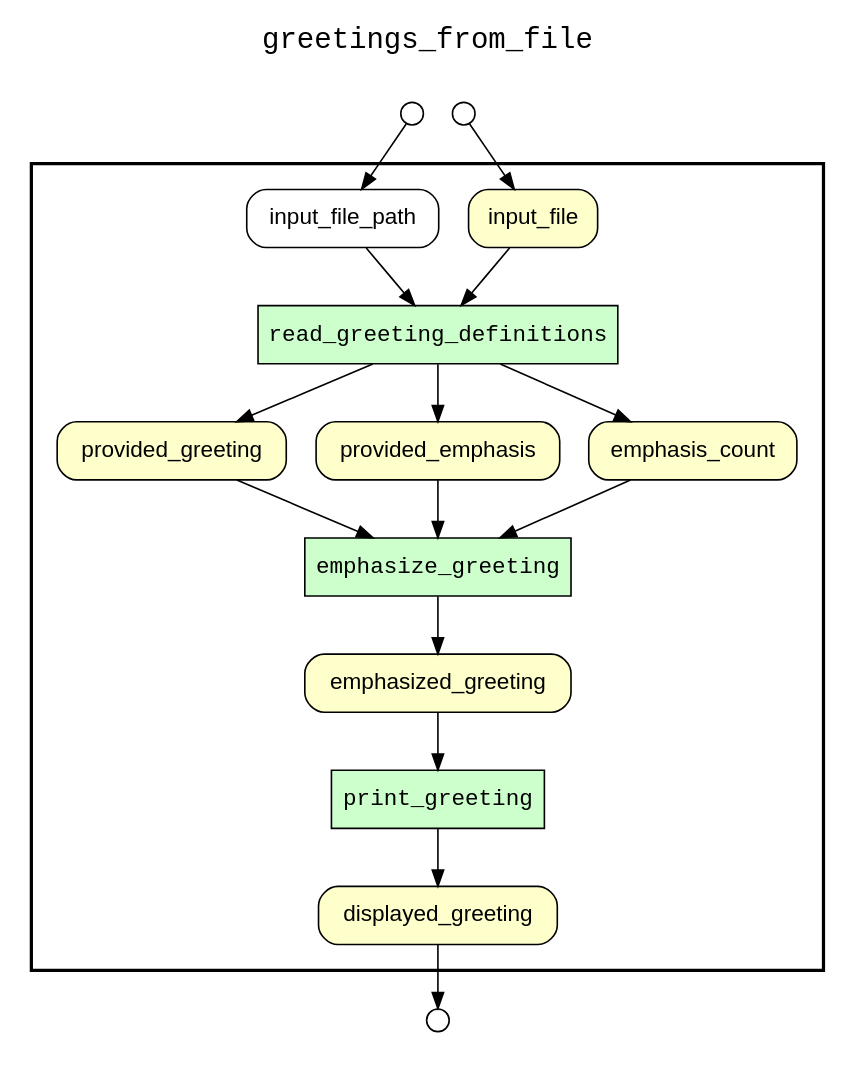
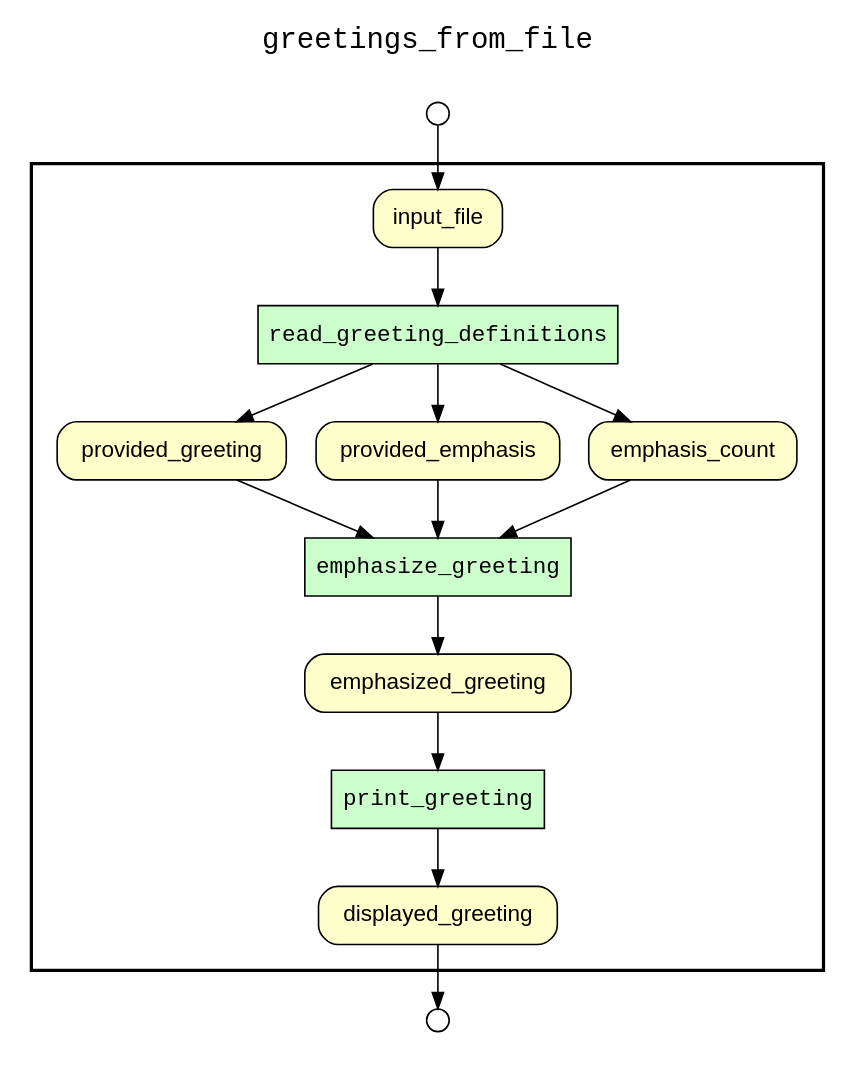
One commit to yesworkflow-org/yw-noworkflow changed the diagram in examples/06_greeting_from_file/yw_combined_graph.gv. Above: the diagram before and after it, drawn with Graphviz. The commit also changed 26 other files, not shown here.

```diff
--- a/examples/06_greeting_from_file/yw_combined_graph.gv
+++ b/examples/06_greeting_from_file/yw_combined_graph.gv
@@ -1,48 +1,44 @@
 
 digraph yw_data_view {
 rankdir=TB
 fontname=Courier; fontsize=18; labelloc=t
 label="greetings_from_file"
 subgraph cluster_workflow { label=""; color=black; penwidth=2
 subgraph cluster_workflow_inner { label=""; color=white
 node[shape=box style="filled" fillcolor="#CCFFCC" peripheries=1 fontname=Courier]
 read_greeting_definitions
 emphasize_greeting
 print_greeting
 node[shape=box style="filled" fillcolor="#CCFFCC" peripheries=1 fontname=Courier]
 node[shape=box style="rounded,filled" fillcolor="#FFFFCC" peripheries=1 fontname=Helvetica]
 input_file
 provided_greeting
 provided_emphasis
 emphasis_count
 emphasized_greeting
 displayed_greeting
 node[shape=box style="rounded,filled" fillcolor="#FFFFFF" peripheries=1 fontname=Helvetica]
-input_file_path
 }}
 subgraph cluster_inflows { label=""; color=white; penwidth=2
 subgraph cluster_inflows_inner { label=""; color=white
 node[shape=circle fillcolor="#FFFFFF" peripheries=1 width=0.2]
 input_file_inflow [label=""]
-input_file_path_inflow [label=""]
 }}
 subgraph cluster_outflows { label=""; color=white; penwidth=2
 subgraph cluster_outflows_inner { label=""; color=white
 node[shape=circle fillcolor="#FFFFFF" peripheries=1 width=0.2]
 displayed_greeting_outflow [label=""]
 }}
-input_file_path -> read_greeting_definitions
 input_file -> read_greeting_definitions
 provided_greeting -> emphasize_greeting
 provided_emphasis -> emphasize_greeting
 emphasis_count -> emphasize_greeting
 emphasized_greeting -> print_greeting
 read_greeting_definitions -> provided_greeting
 read_greeting_definitions -> provided_emphasis
 read_greeting_definitions -> emphasis_count
 emphasize_greeting -> emphasized_greeting
 print_greeting -> displayed_greeting
 input_file_inflow -> input_file
-input_file_path_inflow -> input_file_path
 displayed_greeting -> displayed_greeting_outflow
 }
```
